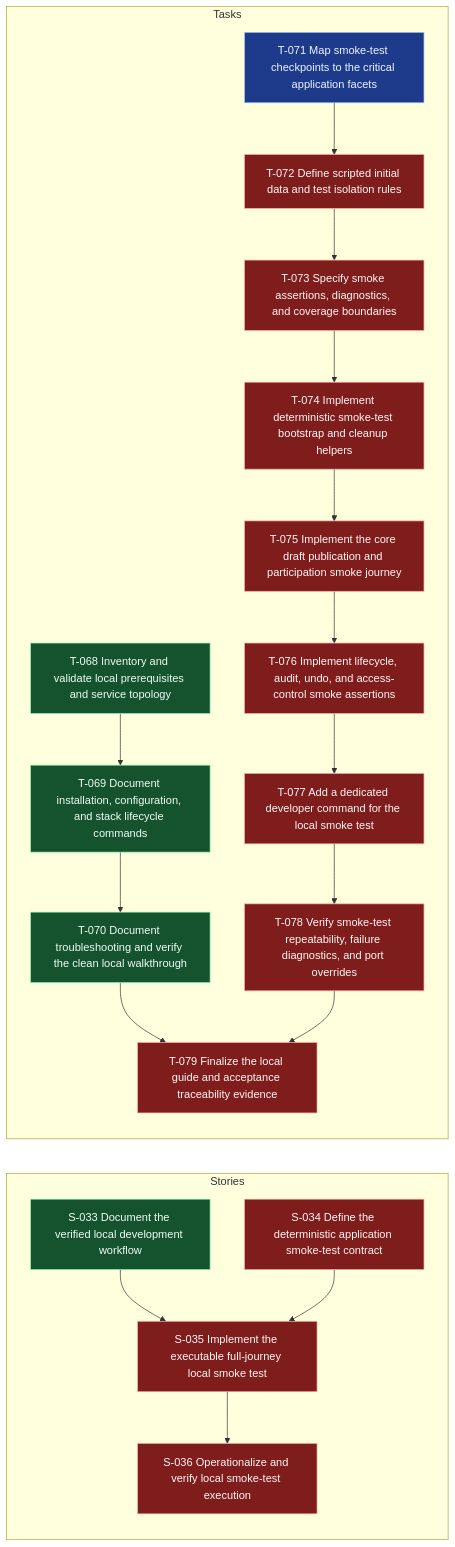
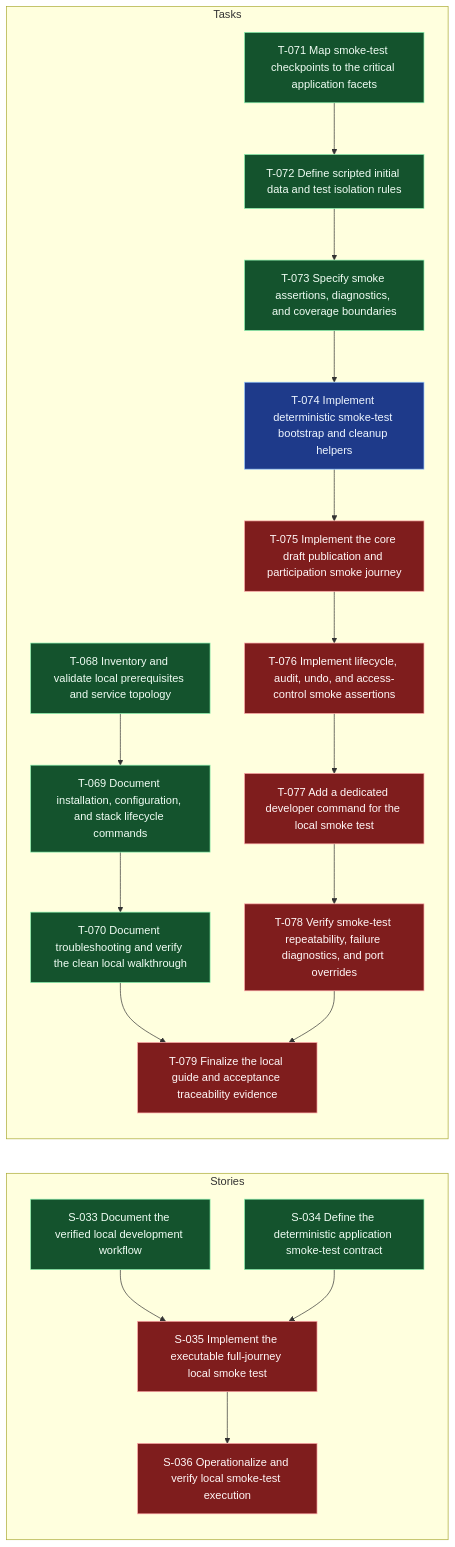
One commit to andybalham/invite-agent changed the diagram in .worktracker/graphs/E-010.mmd. Above: the diagram before and after it, drawn with Mermaid. The commit also changed 9 other files, not shown here.

Commit message:
feat: Complete smoke-test contract and update related tasks to done

```diff
--- a/.worktracker/graphs/E-010.mmd
+++ b/.worktracker/graphs/E-010.mmd
@@ -1,56 +1,56 @@
 graph LR
   classDef done fill:#14532d,stroke:#86efac,color:#f0fdf4;
   classDef blocked fill:#7f1d1d,stroke:#fca5a5,color:#fff7f7;
   classDef inprogress fill:#78350f,stroke:#fbbf24,color:#fffbeb;
   classDef todo fill:#1e3a8a,stroke:#93c5fd,color:#eff6ff;
   classDef empty fill:#374151,stroke:#d1d5db,color:#f9fafb,stroke-dasharray: 3 3;
   subgraph Stories
     S033["S-033 Document the verified local development workflow"]:::done
-    S034["S-034 Define the deterministic application smoke-test contract"]:::blocked
+    S034["S-034 Define the deterministic application smoke-test contract"]:::done
     S035["S-035 Implement the executable full-journey local smoke test"]:::blocked
     S036["S-036 Operationalize and verify local smoke-test execution"]:::blocked
     S033 --> S035
     S034 --> S035
     S035 --> S036
   end
   subgraph Tasks
     T068["T-068 Inventory and validate local prerequisites and service topology"]:::done
     T069["T-069 Document installation, configuration, and stack lifecycle commands"]:::done
     T070["T-070 Document troubleshooting and verify the clean local walkthrough"]:::done
-    T071["T-071 Map smoke-test checkpoints to the critical application facets"]:::todo
-    T072["T-072 Define scripted initial data and test isolation rules"]:::blocked
-    T073["T-073 Specify smoke assertions, diagnostics, and coverage boundaries"]:::blocked
-    T074["T-074 Implement deterministic smoke-test bootstrap and cleanup helpers"]:::blocked
+    T071["T-071 Map smoke-test checkpoints to the critical application facets"]:::done
+    T072["T-072 Define scripted initial data and test isolation rules"]:::done
+    T073["T-073 Specify smoke assertions, diagnostics, and coverage boundaries"]:::done
+    T074["T-074 Implement deterministic smoke-test bootstrap and cleanup helpers"]:::todo
     T075["T-075 Implement the core draft publication and participation smoke journey"]:::blocked
     T076["T-076 Implement lifecycle, audit, undo, and access-control smoke assertions"]:::blocked
     T077["T-077 Add a dedicated developer command for the local smoke test"]:::blocked
     T078["T-078 Verify smoke-test repeatability, failure diagnostics, and port overrides"]:::blocked
     T079["T-079 Finalize the local guide and acceptance traceability evidence"]:::blocked
     T068 --> T069
     T069 --> T070
     T070 --> T079
     T071 --> T072
     T072 --> T073
     T073 --> T074
     T074 --> T075
     T075 --> T076
     T076 --> T077
     T077 --> T078
     T078 --> T079
   end
   click S033 "../entities/S-033-document-the-verified-local-development-workflow.md"
   click S034 "../entities/S-034-define-the-deterministic-application-smoke-test-contract.md"
   click S035 "../entities/S-035-implement-the-executable-full-journey-local-smoke-test.md"
   click S036 "../entities/S-036-operationalize-and-verify-local-smoke-test-execution.md"
   click T068 "../entities/T-068-inventory-and-validate-local-prerequisites-and-service-topology.md"
   click T069 "../entities/T-069-document-installation-configuration-and-stack-lifecycle-commands.md"
   click T070 "../entities/T-070-document-troubleshooting-and-verify-the-clean-local-walkthrough.md"
   click T071 "../entities/T-071-map-smoke-test-checkpoints-to-the-critical-application-facets.md"
   click T072 "../entities/T-072-define-scripted-initial-data-and-test-isolation-rules.md"
   click T073 "../entities/T-073-specify-smoke-assertions-diagnostics-and-coverage-boundaries.md"
   click T074 "../entities/T-074-implement-deterministic-smoke-test-bootstrap-and-cleanup-helpers.md"
   click T075 "../entities/T-075-implement-the-core-draft-publication-and-participation-smoke-journey.md"
   click T076 "../entities/T-076-implement-lifecycle-audit-undo-and-access-control-smoke-assertions.md"
   click T077 "../entities/T-077-add-a-dedicated-developer-command-for-the-local-smoke-test.md"
   click T078 "../entities/T-078-verify-smoke-test-repeatability-failure-diagnostics-and-port-overrides.md"
   click T079 "../entities/T-079-finalize-the-local-guide-and-acceptance-traceability-evidence.md"
```
